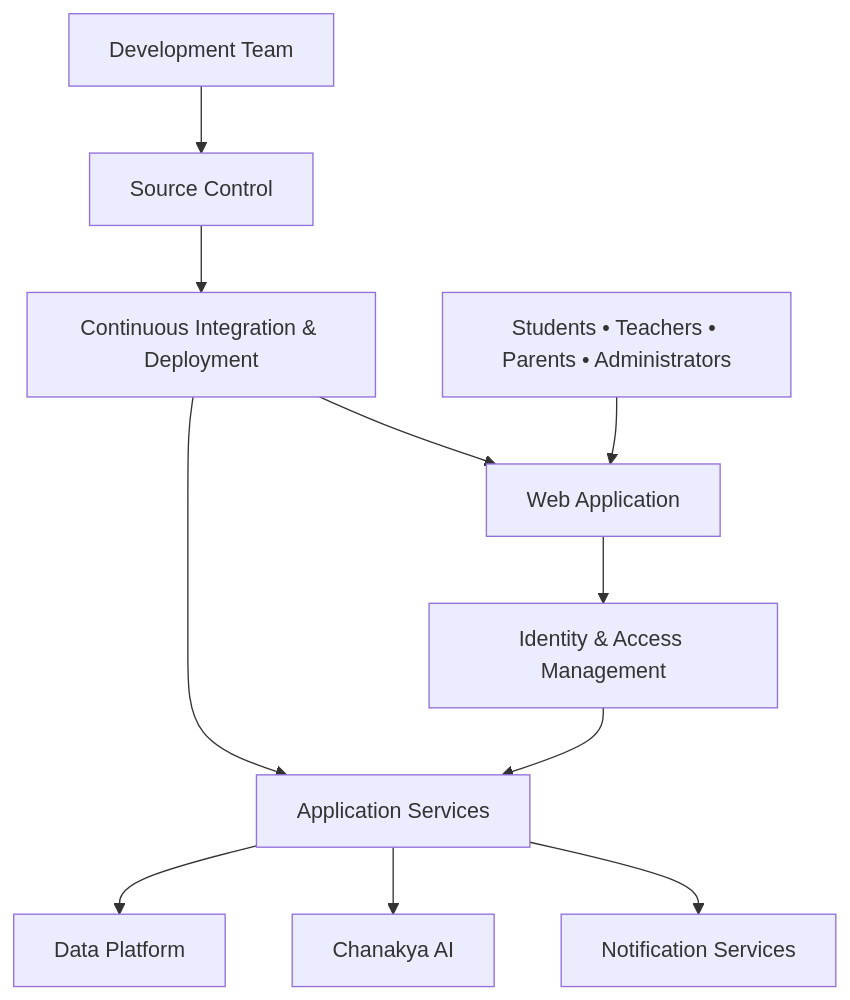
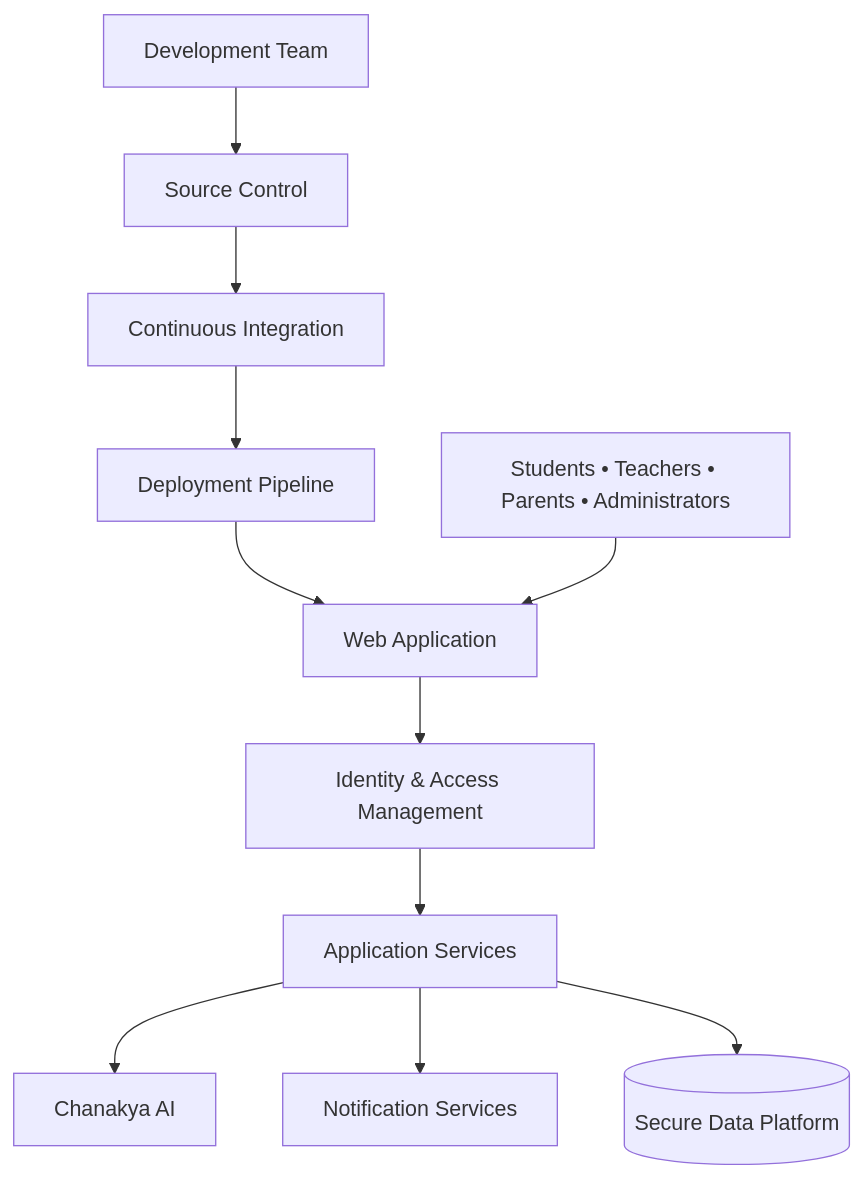
Before and after one commit to Edviora-Organization/.github: the seventh of 7 diagrams in profile/README.md, drawn with Mermaid. The commit also changed other lines of this file, not shown here.

````diff
--- a/profile/README.md
+++ b/profile/README.md
@@ -670,37 +530,41 @@
 ```mermaid
 flowchart TD
 
-    Dev["Development Team"]
+Dev[Development Team]
 
-    Source["Source Control"]
+Repo[Source Control]
 
-    Pipeline["Continuous Integration & Deployment"]
+CI[Continuous Integration]
 
-    Web["Web Application"]
+Deploy[Deployment Pipeline]
 
-    API["Application Services"]
+Web[Web Application]
 
-    Auth["Identity & Access Management"]
+Auth[Identity & Access Management]
 
-    AI["Chanakya AI"]
+API[Application Services]
 
-    Data["Data Platform"]
+AI[Chanakya AI]
 
-    Notify["Notification Services"]
+Notify[Notification Services]
 
-    Users["Students • Teachers • Parents • Administrators"]
+Data[(Secure Data Platform)]
 
-    Dev --> Source
-    Source --> Pipeline
+Users[Students • Teachers • Parents • Administrators]
 
-    Pipeline --> Web
-    Pipeline --> API
+Dev --> Repo
+Repo --> CI
+CI --> Deploy
 
-    Users --> Web
-    Web --> Auth
-    Auth --> API
+Deploy --> Web
 
-    API --> Data
-    API --> AI
-    API --> Notify
+Users --> Web
+
+Web --> Auth
+
+Auth --> API
+
+API --> AI
+API --> Notify
+API --> Data
 ```
````
